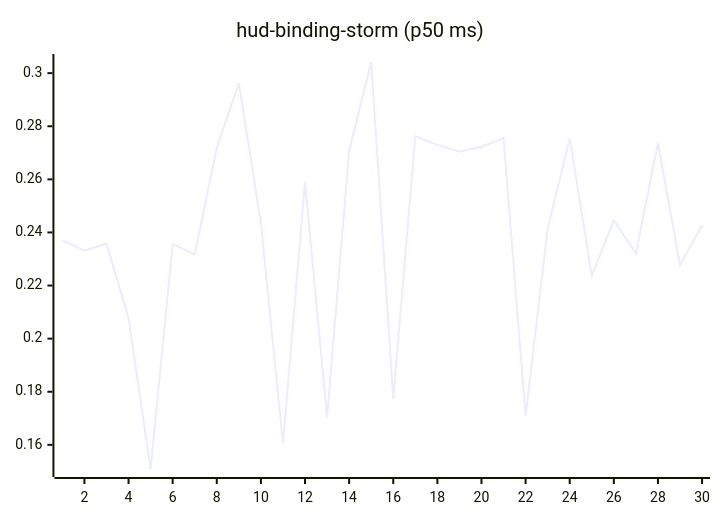
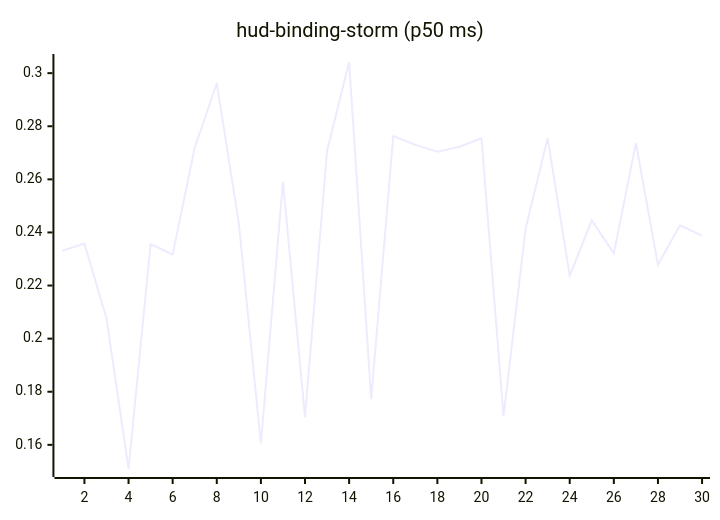
Before and after one commit to josha/Facet: the tenth of 27 diagrams in README.md, drawn with Mermaid. The commit also changed other lines of this file and 2 other files, not shown here.

````diff
--- a/README.md
+++ b/README.md
@@ -126,6 +126,6 @@
 ```mermaid
 xychart-beta
     title "hud-binding-storm (p50 ms)"
     x-axis 1 --> 30
-    line [0.2371, 0.2331, 0.2358, 0.2077, 0.1509, 0.2356, 0.2317, 0.2719, 0.2962, 0.2435, 0.1605, 0.2591, 0.1704, 0.2707, 0.3042, 0.1772, 0.2763, 0.2730, 0.2704, 0.2723, 0.2755, 0.1708, 0.2414, 0.2755, 0.2237, 0.2445, 0.2321, 0.2737, 0.2278, 0.2427]
+    line [0.2331, 0.2358, 0.2077, 0.1509, 0.2356, 0.2317, 0.2719, 0.2962, 0.2435, 0.1605, 0.2591, 0.1704, 0.2707, 0.3042, 0.1772, 0.2763, 0.2730, 0.2704, 0.2723, 0.2755, 0.1708, 0.2414, 0.2755, 0.2237, 0.2445, 0.2321, 0.2737, 0.2278, 0.2427, 0.2388]
 ```
````
